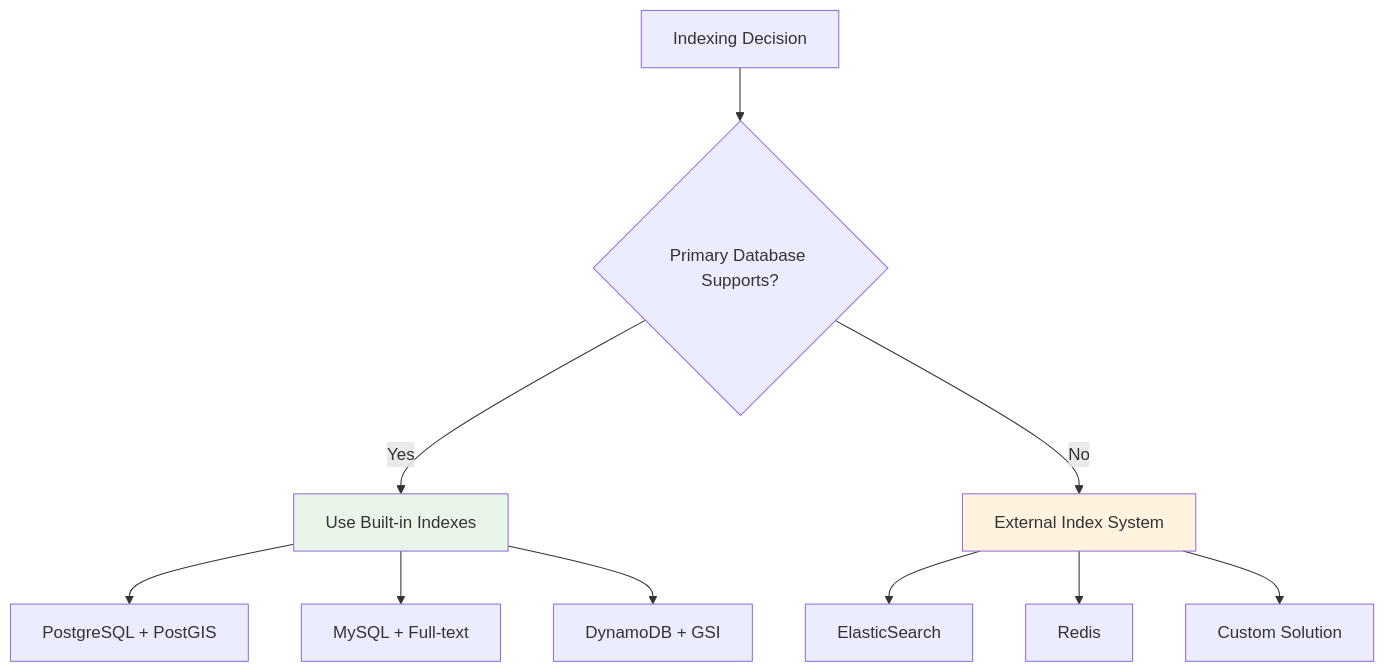
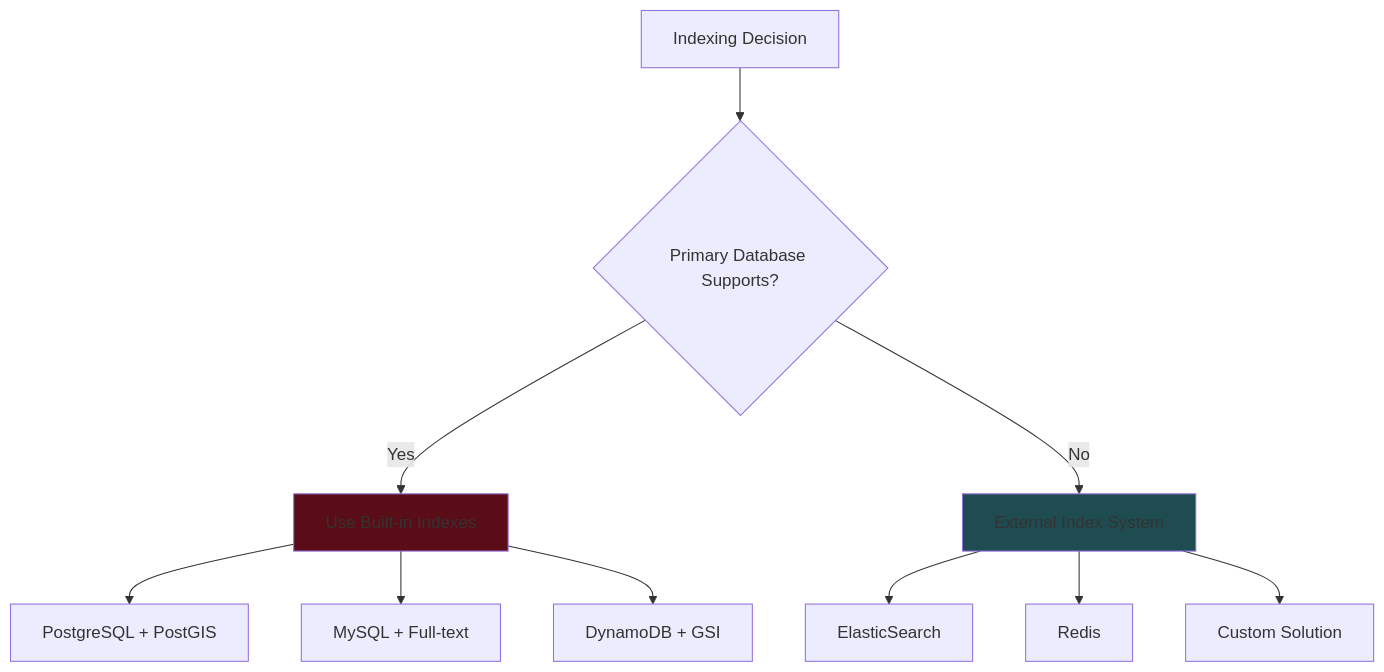
The tenth of 21 diagrams in fundamentals/core_concepts.md (ahmedrzakhan/system-design-notes), drawn with Mermaid before and after one commit. The commit also changed other lines of this file, not shown here.

````diff
--- a/fundamentals/core_concepts.md
+++ b/fundamentals/core_concepts.md
@@ -258,17 +258,17 @@
 ```mermaid
 flowchart TD
     A[Indexing Decision] --> B{Primary Database Supports?}
     B -->|Yes| C[Use Built-in Indexes]
     B -->|No| D[External Index System]
 
     C --> C1[PostgreSQL + PostGIS]
     C --> C2[MySQL + Full-text]
     C --> C3[DynamoDB + GSI]
 
     D --> D1[ElasticSearch]
     D --> D2[Redis]
     D --> D3[Custom Solution]
 
-    style C fill:#e8f5e8
-    style D fill:#fff3e0
+    style C fill:#5A0D16
+    style D fill:#1E4C50
 ```
````
